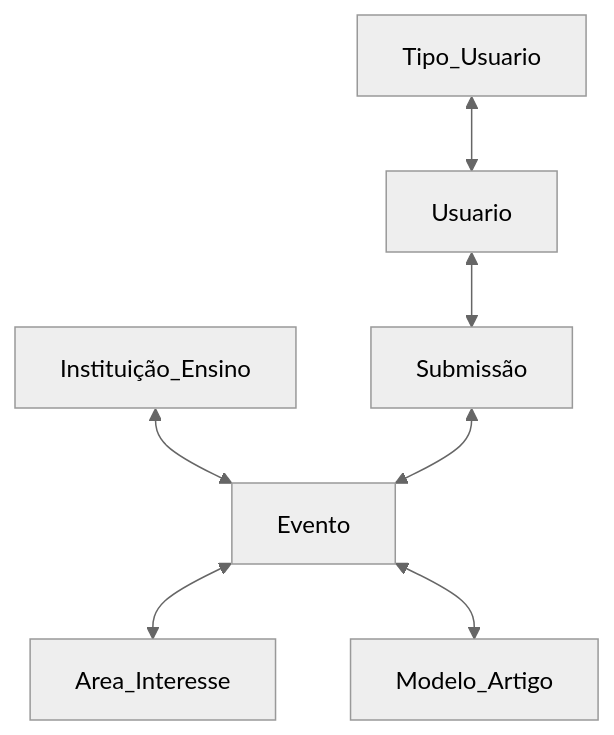
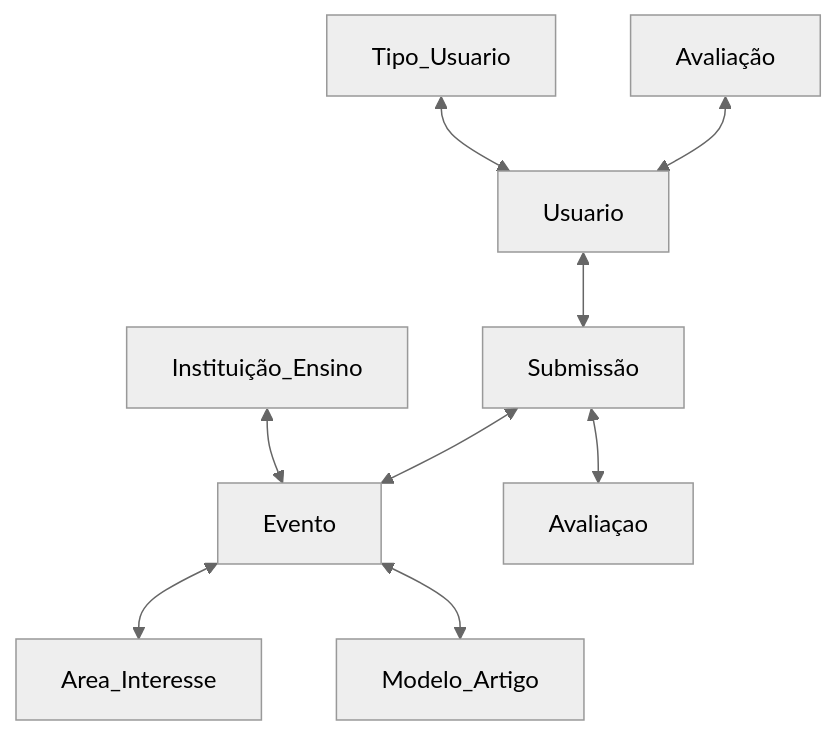
The diagram in Projeto de Banco de Dados/aula_05 24_03.md (vanessacezarn/3_Semestre), drawn with Mermaid (neutral theme) before and after one commit.

Commit message:
Update aula_05 24_03.md

````diff
--- a/Projeto de Banco de Dados/aula_05 24_03.md
+++ b/Projeto de Banco de Dados/aula_05 24_03.md
@@ -45,10 +45,12 @@
 ```mermaid
 graph TD;
     Instituição_Ensino<-->Evento;
     Evento <--> Area_Interesse;
     Evento <--> Modelo_Artigo;
     Tipo_Usuario <--> Usuario;
     Usuario <--> Submissão;
-    Submissão <--> Evento
+    Submissão <--> Evento;
+    Submissão <--> Avaliaçao
+    Avaliação <--> Usuario;
     
 ```
````
